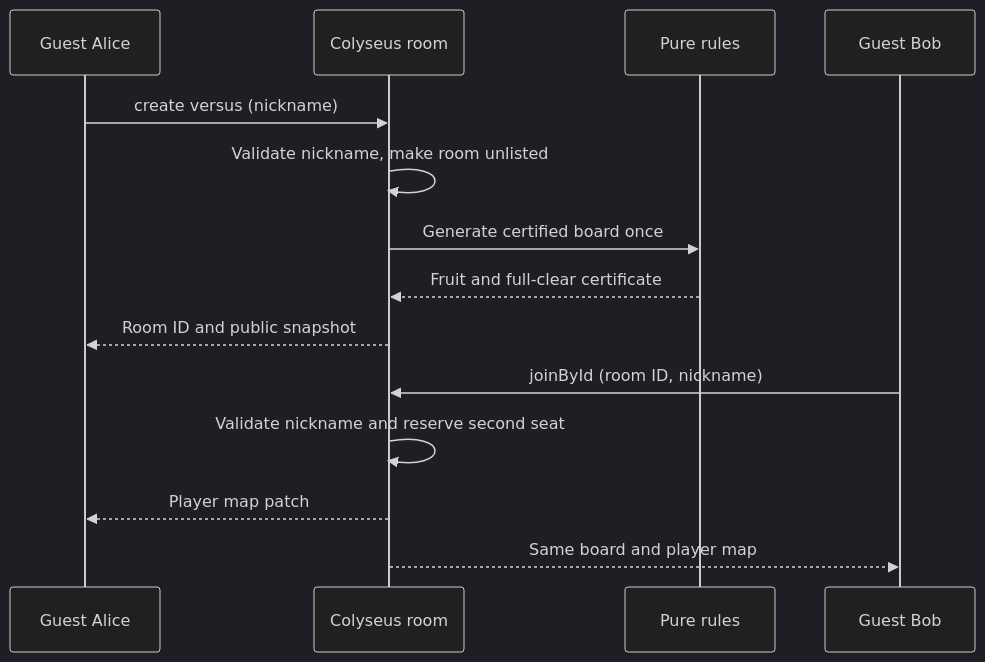
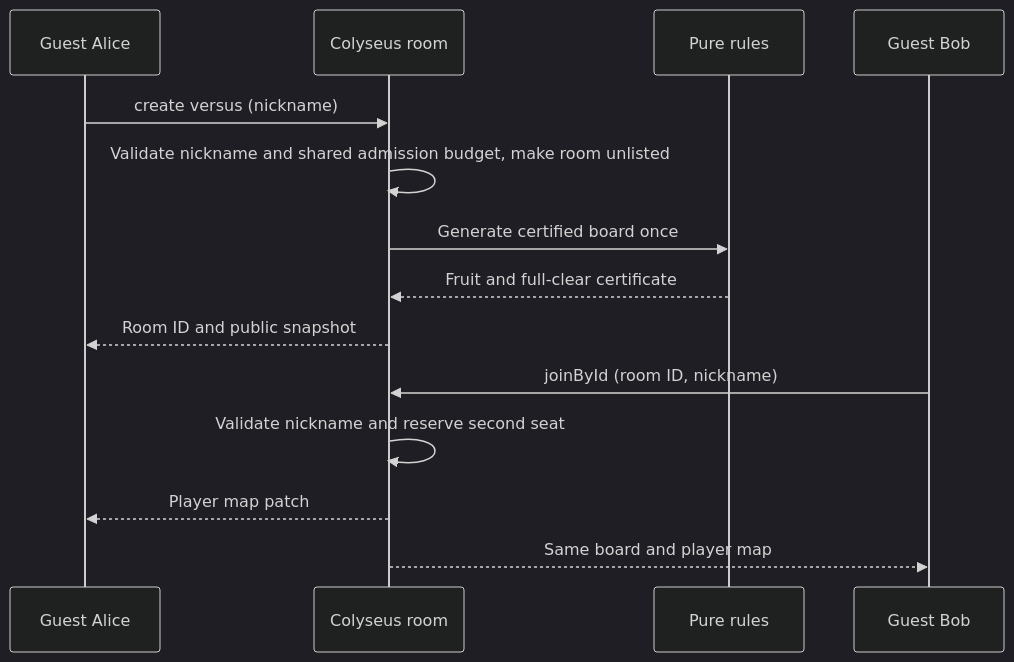
One commit to matthew-ngzc/fruit-box changed the diagram in docs/versus-rooms.md. Above: the diagram before and after it, drawn with Mermaid (dark theme). The commit also changed other lines of this file and 11 other files, not shown here.

````diff
--- a/docs/versus-rooms.md
+++ b/docs/versus-rooms.md
@@ -34,16 +34,16 @@
 ```mermaid
 sequenceDiagram
     participant A as Guest Alice
     participant S as Colyseus room
     participant R as Pure rules
     participant B as Guest Bob
     A->>S: create versus (nickname)
-    S->>S: Validate nickname, make room unlisted
+    S->>S: Validate nickname and shared admission budget, make room unlisted
     S->>R: Generate certified board once
     R-->>S: Fruit and full-clear certificate
     S-->>A: Room ID and public snapshot
     B->>S: joinById (room ID, nickname)
     S->>S: Validate nickname and reserve second seat
     S-->>A: Player map patch
     S-->>B: Same board and player map
 ```
````
